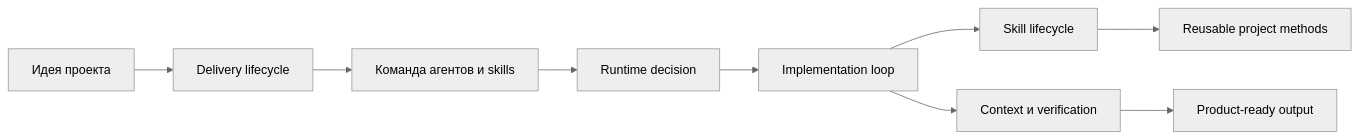
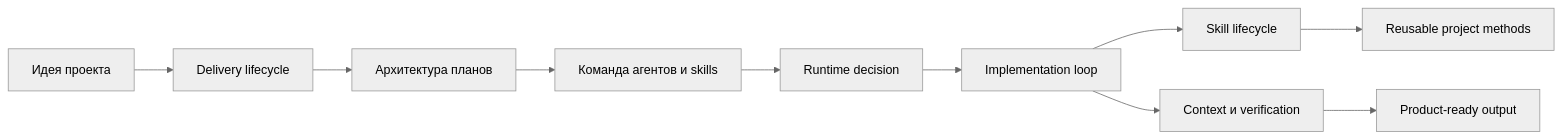
One commit to alexroadcaster/product-agent-os changed the diagram in docs/diagrams/index.md. Above: the diagram before and after it, drawn with Mermaid (neutral theme). The commit also changed other lines of this file and 6 other files, not shown here.

Commit message:
Add task-plan architecture links and docs

````diff
--- a/docs/diagrams/index.md
+++ b/docs/diagrams/index.md
@@ -31,11 +33,12 @@
 ```mermaid
 flowchart LR
     A["Идея проекта"] --> B["Delivery lifecycle"]
-    B --> C["Команда агентов и skills"]
+    B --> B1["Архитектура планов"]
+    B1 --> C["Команда агентов и skills"]
     C --> D["Runtime decision"]
     D --> E["Implementation loop"]
     E --> F["Skill lifecycle"]
     E --> G["Context и verification"]
     F --> H["Reusable project methods"]
     G --> I["Product-ready output"]
 ```
````
